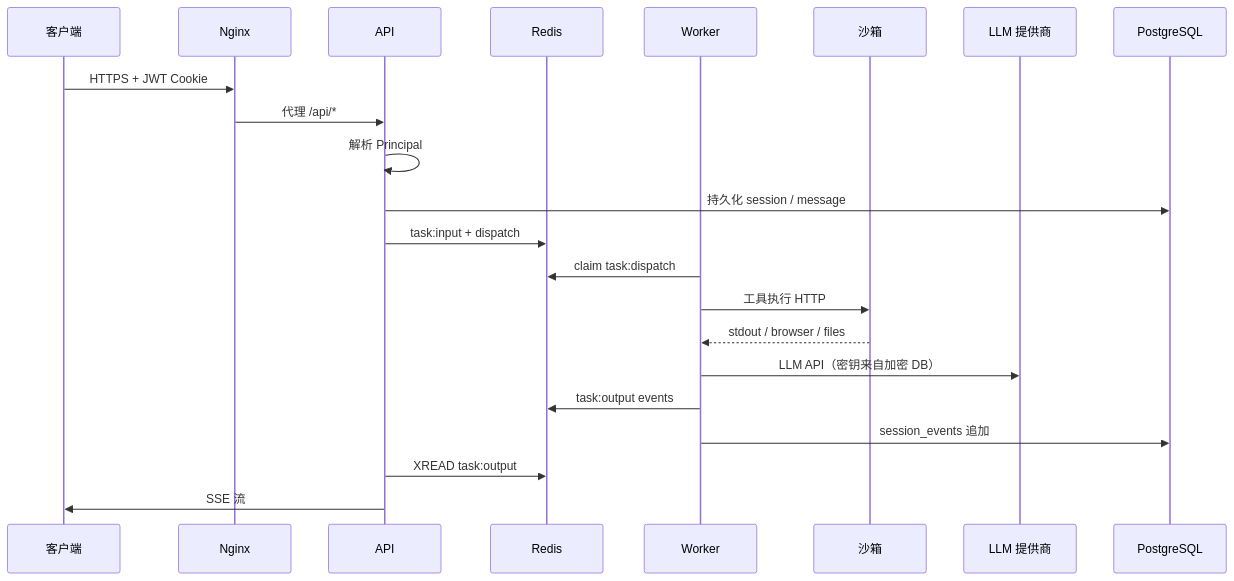
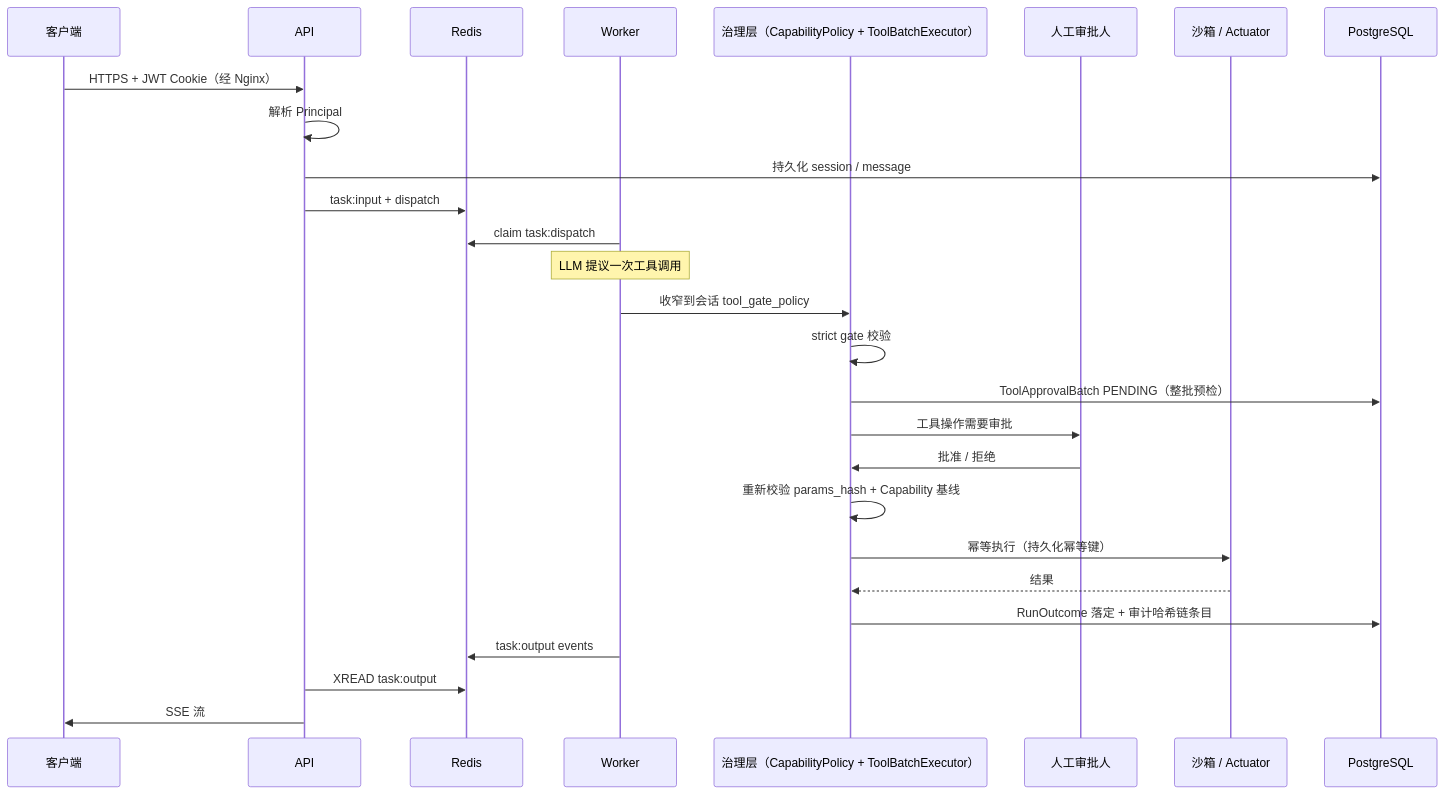
The second of 4 diagrams in docs/architecture/security-model.zh-CN.md (OceaLong/opencitadel), drawn with Mermaid before and after one commit. The commit also changed other lines of this file and 375 other files, not shown here.

````diff
--- a/docs/architecture/security-model.zh-CN.md
+++ b/docs/architecture/security-model.zh-CN.md
@@ -114,25 +125,30 @@
 ```mermaid
 sequenceDiagram
   participant C as 客户端
-  participant N as Nginx
   participant A as API
   participant R as Redis
   participant W as Worker
-  participant S as 沙箱
-  participant L as LLM 提供商
+  participant Gov as 治理层（CapabilityPolicy + ToolBatchExecutor）
+  participant H as 人工审批人
+  participant S as 沙箱 / Actuator
   participant D as PostgreSQL
 
-  C->>N: HTTPS + JWT Cookie
-  N->>A: 代理 /api/*
+  C->>A: HTTPS + JWT Cookie（经 Nginx）
   A->>A: 解析 Principal
   A->>D: 持久化 session / message
   A->>R: task:input + dispatch
   W->>R: claim task:dispatch
-  W->>S: 工具执行 HTTP
-  S-->>W: stdout / browser / files
-  W->>L: LLM API（密钥来自加密 DB）
+  Note over W: LLM 提议一次工具调用
+  W->>Gov: 收窄到会话 tool_gate_policy
+  Gov->>Gov: strict gate 校验
+  Gov->>D: ToolApprovalBatch PENDING（整批预检）
+  Gov->>H: 工具操作需要审批
+  H->>Gov: 批准 / 拒绝
+  Gov->>Gov: 重新校验 params_hash + Capability 基线
+  Gov->>S: 幂等执行（持久化幂等键）
+  S-->>Gov: 结果
+  Gov->>D: RunOutcome 落定 + 审计哈希链条目
   W->>R: task:output events
-  W->>D: session_events 追加
   A->>R: XREAD task:output
   A->>C: SSE 流
 ```
````
